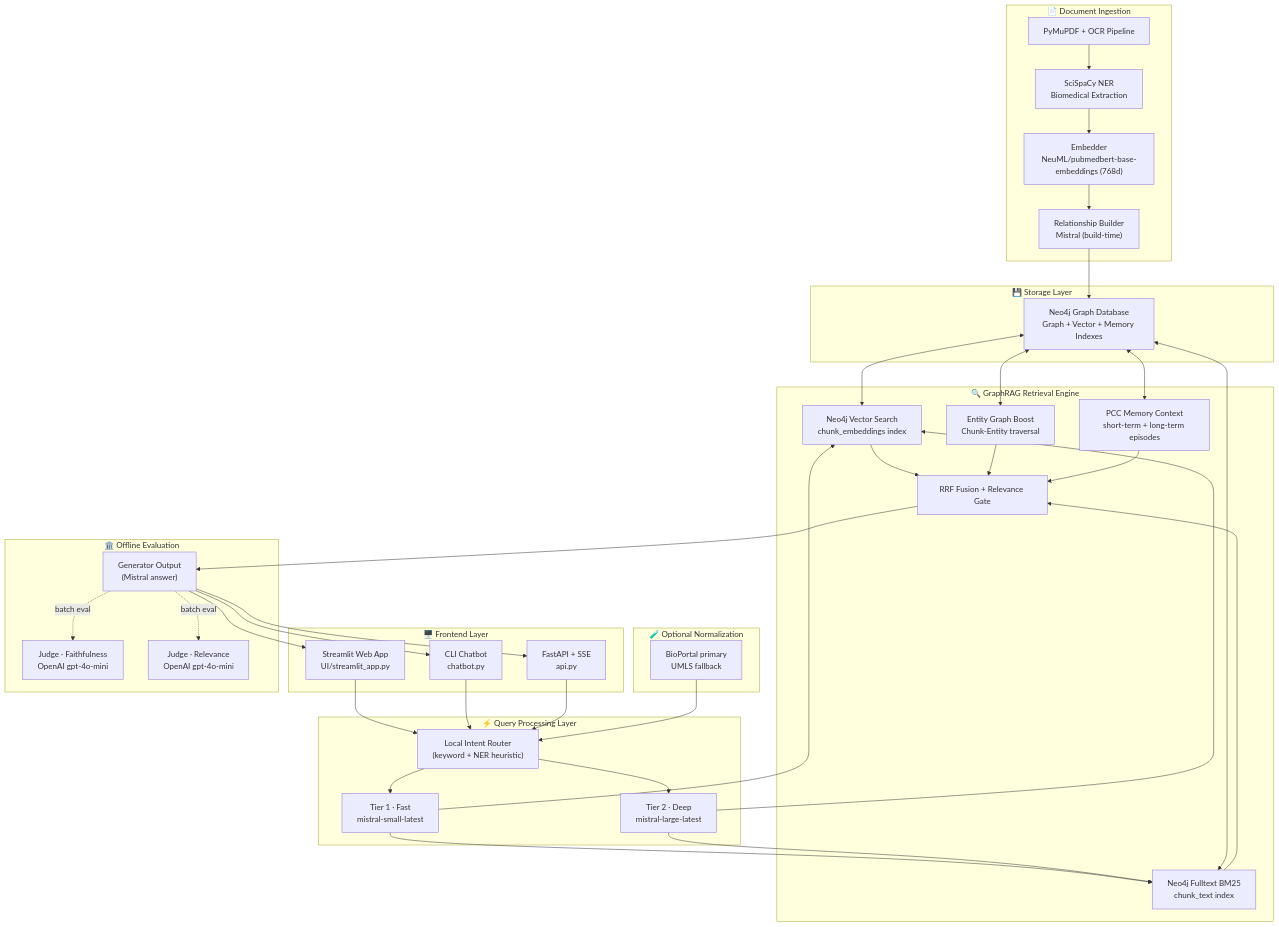
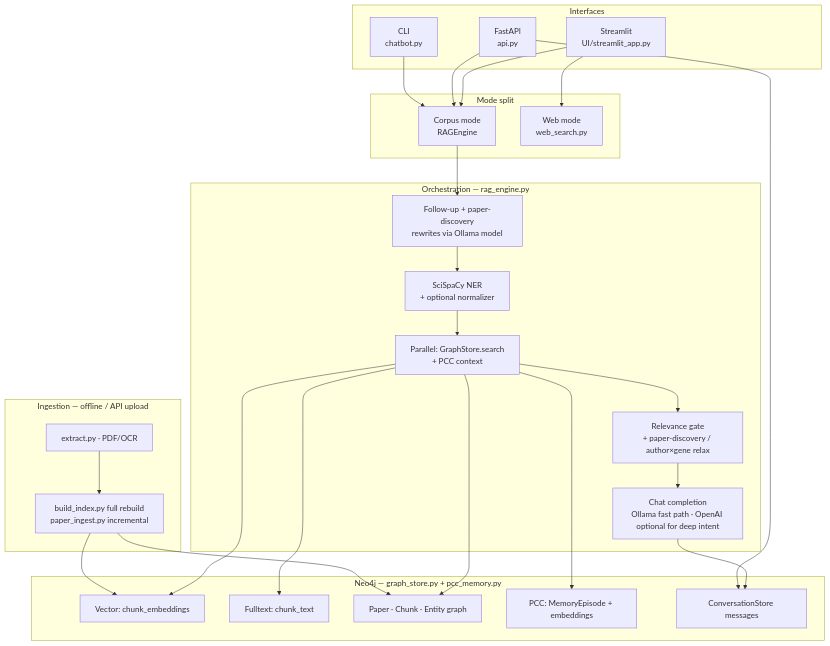
Before and after one commit to PradeepVepada/decifur.ai: the diagram in docs/01_system_architecture.md, drawn with Mermaid. The commit also changed other lines of this file and 72 other files, not shown here.

````diff
--- a/docs/01_system_architecture.md
+++ b/docs/01_system_architecture.md
@@ -12,76 +28,50 @@
 ```mermaid
-graph TB
-    subgraph Ingestion["📄 Document Ingestion"]
-        PDF["PyMuPDF + OCR Pipeline"]
-        NER["SciSpaCy NER<br/>Biomedical Extraction"]
-        EMB["Embedder<br/>NeuML/pubmedbert-base-embeddings (768d)"]
-        REL["Relationship Builder<br/>Mistral (build-time)"]
+flowchart TB
+    subgraph clients["Interfaces"]
+        ST["Streamlit\nUI/streamlit_app.py"]
+        API["FastAPI\napi.py"]
+        CLI["CLI\nchatbot.py"]
     end
 
-    subgraph Frontend["🖥️ Frontend Layer"]
-        ST["Streamlit Web App<br/>UI/streamlit_app.py"]
-        CLI["CLI Chatbot<br/>chatbot.py"]
-        API["FastAPI + SSE<br/>api.py"]
+    subgraph modes["Mode split"]
+        CORP["Corpus mode\nRAGEngine"]
+        WEB["Web mode\nweb_search.py"]
     end
 
-    subgraph Query["⚡ Query Processing Layer"]
-        ROUTER["Local Intent Router<br/>(keyword + NER heuristic)"]
-        FAST["Tier 1 · Fast<br/>mistral-small-latest"]
-        DEEP["Tier 2 · Deep<br/>mistral-large-latest"]
+    subgraph engine["Orchestration — rag_engine.py"]
+        RW["Follow-up + paper-discovery\nrewrites via Ollama model"]
+        ENT["SciSpaCy NER\n+ optional normalizer"]
+        PREP["Parallel: GraphStore.search\n+ PCC context"]
+        GATE["Relevance gate\n+ paper-discovery / author×gene relax"]
+        GEN["Chat completion\nOllama fast path · OpenAI optional for deep intent"]
     end
 
-    subgraph Retrieval["🔍 GraphRAG Retrieval Engine"]
-        VEC["Neo4j Vector Search<br/>chunk_embeddings index"]
-        BM25["Neo4j Fulltext BM25<br/>chunk_text index"]
-        KG["Entity Graph Boost<br/>Chunk-Entity traversal"]
-        FUSE["RRF Fusion + Relevance Gate"]
-        MEM["PCC Memory Context<br/>short-term + long-term episodes"]
+    subgraph store["Neo4j — graph_store.py + pcc_memory.py"]
+        VEC["Vector: chunk_embeddings"]
+        FT["Fulltext: chunk_text"]
+        KG["Paper · Chunk · Entity graph"]
+        MEM["PCC: MemoryEpisode + embeddings"]
+        CONV["ConversationStore messages"]
     end
 
-    subgraph Storage["💾 Storage Layer"]
-        NEO["Neo4j Graph Database<br/>Graph + Vector + Memory Indexes"]
+    subgraph ingest["Ingestion — offline / API upload"]
+        PDF["extract.py · PDF/OCR"]
+        IDX["build_index.py full rebuild\npaper_ingest.py incremental"]
     end
 
-    subgraph Normalize["🧪 Optional Normalization"]
-        BN["BioPortal primary<br/>UMLS fallback"]
-    end
+    ST --> CORP
+    ST --> WEB
+    API --> CORP
+    CLI --> CORP
 
-    subgraph Eval["🏛️ Offline Evaluation"]
-        GEN["Generator Output<br/>(Mistral answer)"]
-        J1["Judge · Faithfulness<br/>OpenAI gpt-4o-mini"]
-        J2["Judge · Relevance<br/>OpenAI gpt-4o-mini"]
-    end
+    CORP --> RW --> ENT --> PREP --> GATE --> GEN
+    PREP --> VEC
+    PREP --> FT
+    PREP --> KG
+    PREP --> MEM
+    GEN --> CONV
+    API --> CONV
 
-    PDF --> NER --> EMB --> REL --> NEO
-
-    ST --> ROUTER
-    CLI --> ROUTER
-    API --> ROUTER
-
-    ROUTER --> FAST
-    ROUTER --> DEEP
-
-    FAST --> VEC
-    FAST --> BM25
-    DEEP --> VEC
-    DEEP --> BM25
-
-    VEC --> FUSE
-    BM25 --> FUSE
-    KG --> FUSE
-    MEM --> FUSE
-    BN --> ROUTER
-
-    FUSE --> GEN
-    GEN --> ST
-    GEN --> CLI
-    GEN --> API
-
-    GEN -. batch eval .-> J1
-    GEN -. batch eval .-> J2
-
-    NEO <--> VEC
-    NEO <--> BM25
-    NEO <--> KG
-    NEO <--> MEM
+    PDF --> IDX --> VEC
+    IDX --> KG
 ```
````
